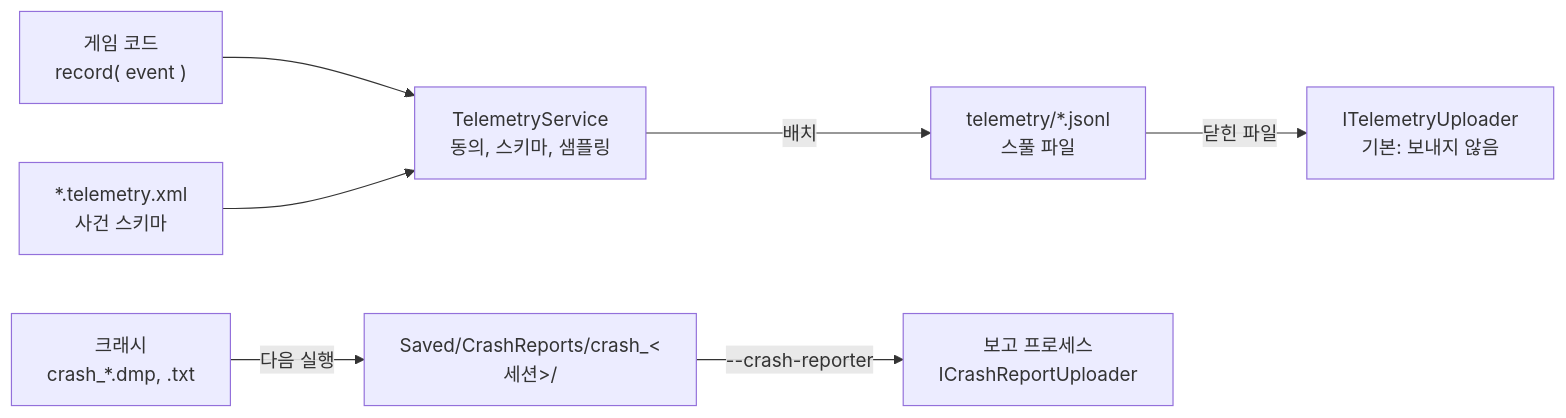
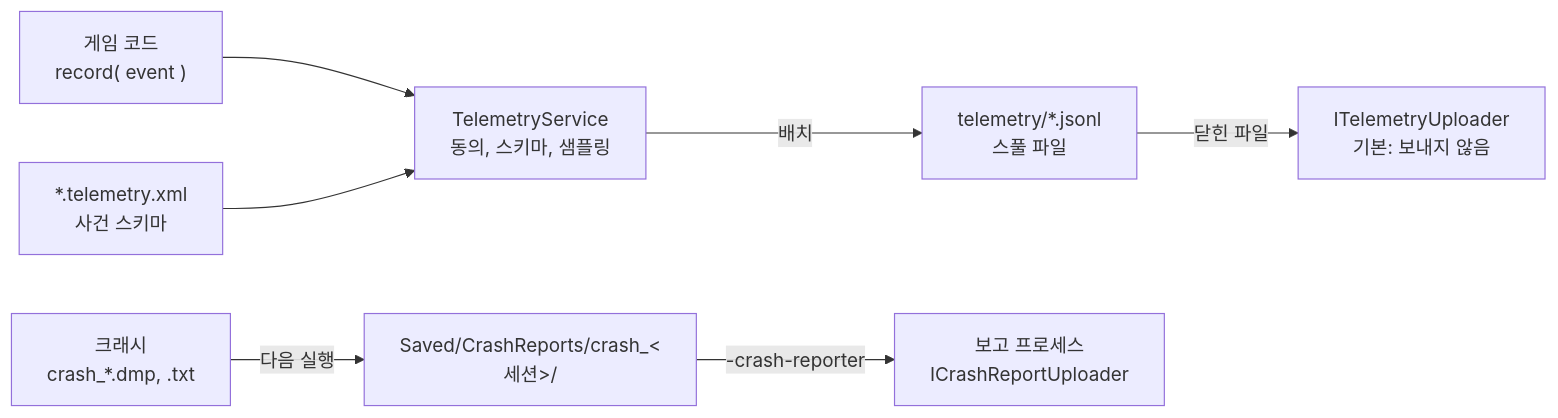
Before and after one commit to sswgame/LearningTemplate: the diagram in Source/Engine/Telemetry/README.md, drawn with Mermaid. The commit also changed other lines of this file and 14 other files, not shown here.

First line of the commit message:
텔레메트리 - 크래시 보고 인자를 명령줄 표(CRASH_REPORTER)로: main 의 선행 분기와 직접 파싱 삭제

````diff
--- a/Source/Engine/Telemetry/README.md
+++ b/Source/Engine/Telemetry/README.md
@@ -18,9 +18,9 @@
 ```mermaid
 flowchart LR
   Game["게임 코드<br/>record( event )"] --> Service["TelemetryService<br/>동의, 스키마, 샘플링"]
   Schema["*.telemetry.xml<br/>사건 스키마"] --> Service
   Service -- "배치" --> Spool["telemetry/*.jsonl<br/>스풀 파일"]
   Spool -- "닫힌 파일" --> Uploader["ITelemetryUploader<br/>기본: 보내지 않음"]
   Crash["크래시<br/>crash_*.dmp, .txt"] -- "다음 실행" --> Bundle["Saved/CrashReports/crash_&lt;세션&gt;/"]
-  Bundle -- "--crash-reporter" --> Reporter["보고 프로세스<br/>ICrashReportUploader"]
+  Bundle -- "-crash-reporter" --> Reporter["보고 프로세스<br/>ICrashReportUploader"]
 ```
````
